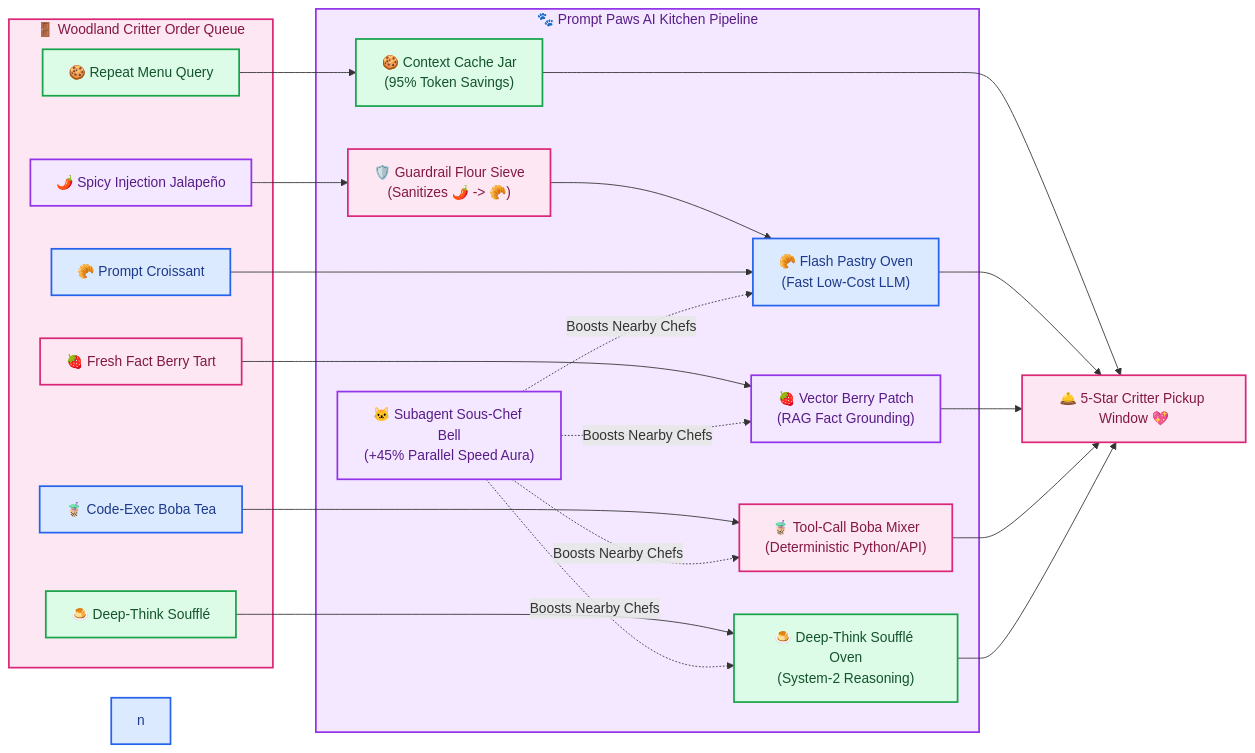
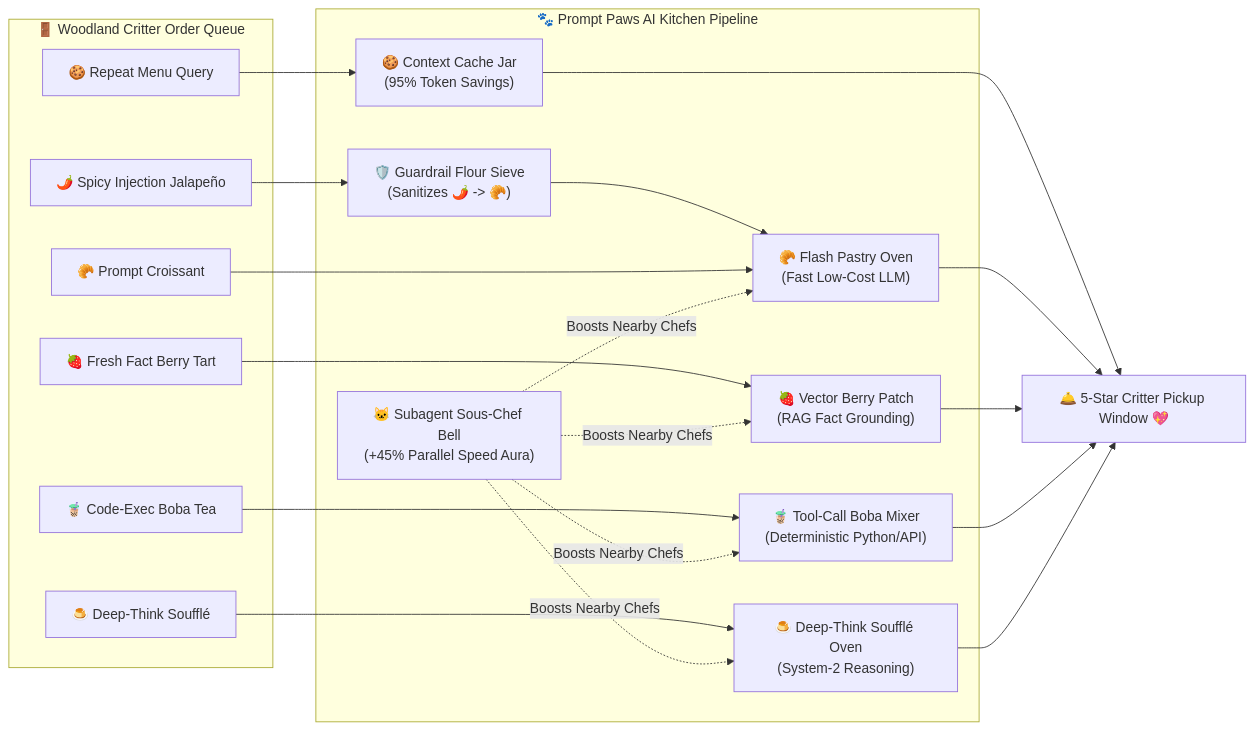
Before and after one commit to RobinaMirbahar/cozy-ai-agent-cafe-game: the diagram in README.md, drawn with Mermaid.

Commit message:
docs: revert Mermaid color overrides for crisp native GitHub rendering and consolidate header

````diff
--- a/README.md
+++ b/README.md
@@ -81,51 +81,34 @@
 ```mermaid
 flowchart LR
     subgraph CritterQueue["🚪 Woodland Critter Order Queue"]
         O1["🥐 Prompt Croissant"]
         O2["🍪 Repeat Menu Query"]
         O3["🌶️ Spicy Injection Jalapeño"]
         O4["🍓 Fresh Fact Berry Tart"]
         O5["🧋 Code-Exec Boba Tea"]
         O6["🍮 Deep-Think Soufflé"]
     end
 
     subgraph KitchenPipeline["🐾 Prompt Paws AI Kitchen Pipeline"]
         Sieve["🛡️ Guardrail Flour Sieve\n(Sanitizes 🌶️ -> 🥐)"]
         Cache["🍪 Context Cache Jar\n(95% Token Savings)"]
         RAG["🍓 Vector Berry Patch\n(RAG Fact Grounding)"]
         Tools["🧋 Tool-Call Boba Mixer\n(Deterministic Python/API)"]
         Flash["🥐 Flash Pastry Oven\n(Fast Low-Cost LLM)"]
         Reason["🍮 Deep-Think Soufflé Oven\n(System-2 Reasoning)"]
         Subagent["🐱 Subagent Sous-Chef Bell\n(+45% Parallel Speed Aura)"]
     end
 
     O3 --> Sieve --> Flash
     O2 --> Cache
     O1 --> Flash
     O4 --> RAG
     O5 --> Tools
     O6 --> Reason
     Subagent -. "Boosts Nearby Chefs" .-> Flash
     Subagent -. "Boosts Nearby Chefs" .-> RAG
     Subagent -. "Boosts Nearby Chefs" .-> Tools
     Subagent -. "Boosts Nearby Chefs" .-> Reason
 
     Cache & Flash & RAG & Tools & Reason --> Pickup["🛎️ 5-Star Critter Pickup Window 💖"]
-    style CritterQueue fill:#fce7f3,stroke:#db2777,stroke-width:2px,color:#831843
-    style O1 fill:#dbeafe,stroke:#2563eb,stroke-width:2px,color:#1e3a8a
-    style O2 fill:#dcfce7,stroke:#16a34a,stroke-width:2px,color:#14532d
-    style O3 fill:#f3e8ff,stroke:#9333ea,stroke-width:2px,color:#581c87
-    style O4 fill:#fce7f3,stroke:#db2777,stroke-width:2px,color:#831843
-    style O5 fill:#dbeafe,stroke:#2563eb,stroke-width:2px,color:#1e3a8a
-    style O6 fill:#dcfce7,stroke:#16a34a,stroke-width:2px,color:#14532d
-    style KitchenPipeline fill:#f3e8ff,stroke:#9333ea,stroke-width:2px,color:#581c87
-    style Sieve fill:#fce7f3,stroke:#db2777,stroke-width:2px,color:#831843
-    style n fill:#dbeafe,stroke:#2563eb,stroke-width:2px,color:#1e3a8a
-    style Cache fill:#dcfce7,stroke:#16a34a,stroke-width:2px,color:#14532d
-    style RAG fill:#f3e8ff,stroke:#9333ea,stroke-width:2px,color:#581c87
-    style Tools fill:#fce7f3,stroke:#db2777,stroke-width:2px,color:#831843
-    style Flash fill:#dbeafe,stroke:#2563eb,stroke-width:2px,color:#1e3a8a
-    style Reason fill:#dcfce7,stroke:#16a34a,stroke-width:2px,color:#14532d
-    style Subagent fill:#f3e8ff,stroke:#9333ea,stroke-width:2px,color:#581c87
-    style Pickup fill:#fce7f3,stroke:#db2777,stroke-width:2px,color:#831843
 ```
````
